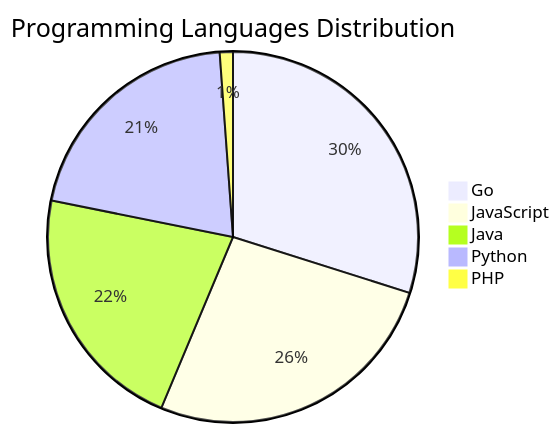
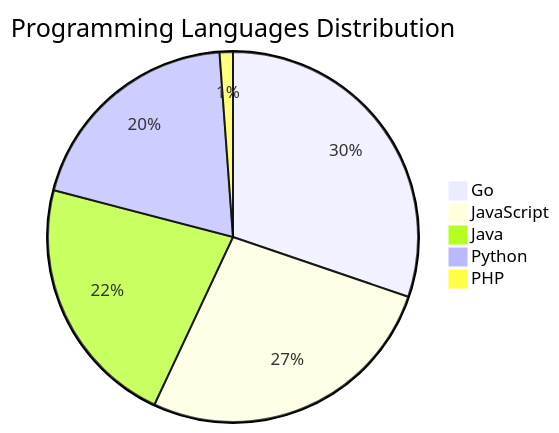
Before and after one commit to Derrick-MUGISHA/github-activity-bot: the diagram in README.md, drawn with Mermaid. The commit also changed other lines of this file and 3 other files, not shown here.

````diff
--- a/README.md
+++ b/README.md
@@ -71,8 +71,8 @@
 ```mermaid
 pie title Programming Languages Distribution
     "Go" : 26
     "JavaScript" : 23
     "Java" : 19
-    "Python" : 18
+    "Python" : 17
     "PHP" : 1
 ```
````
